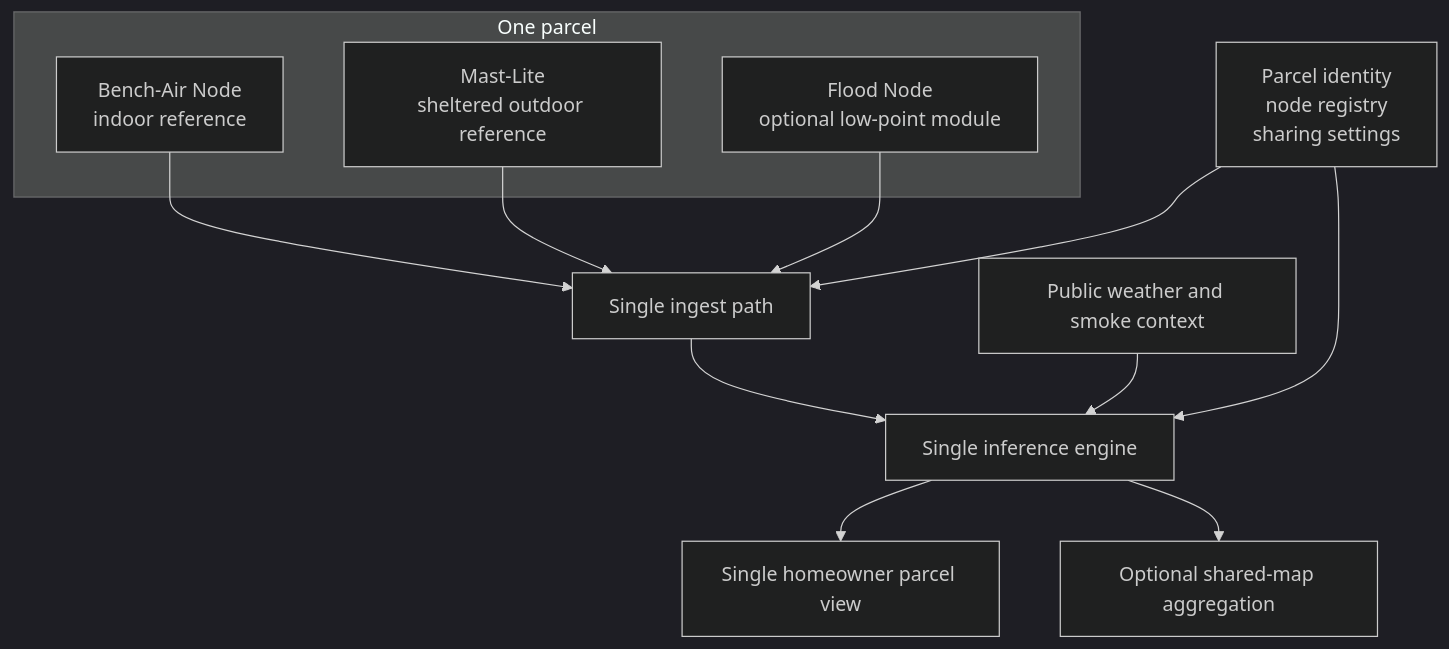
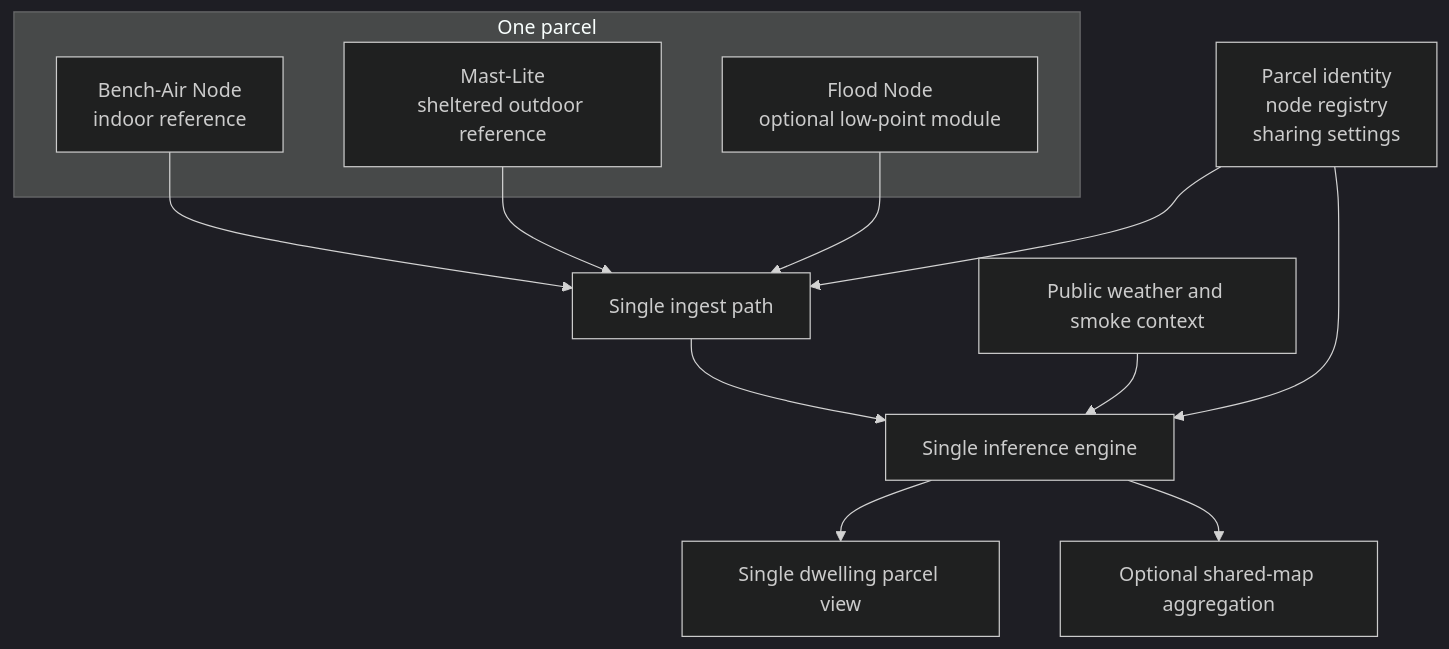
The second of 6 diagrams in media/diagrams/prototype-integration-diagram-pack.md (lumenaut-llc/oesis-program-specs), drawn with Mermaid (dark theme) before and after one commit. The commit also changed other lines of this file and 114 other files, not shown here.

````diff
--- a/media/diagrams/prototype-integration-diagram-pack.md
+++ b/media/diagrams/prototype-integration-diagram-pack.md
@@ -55,18 +55,18 @@
 ```mermaid
 flowchart TB
     subgraph H["One parcel"]
         A["Bench-Air Node\nindoor reference"]
         B["Mast-Lite\nsheltered outdoor reference"]
         C["Flood Node\noptional low-point module"]
     end
 
     R["Parcel identity\nnode registry\nsharing settings"] --> I["Single ingest path"]
     A --> I
     B --> I
     C --> I
     P["Public weather and smoke context"] --> E["Single inference engine"]
     I --> E
     R --> E
-    E --> V["Single homeowner parcel view"]
+    E --> V["Single dwelling parcel view"]
     E --> S["Optional shared-map aggregation"]
 ```
````
